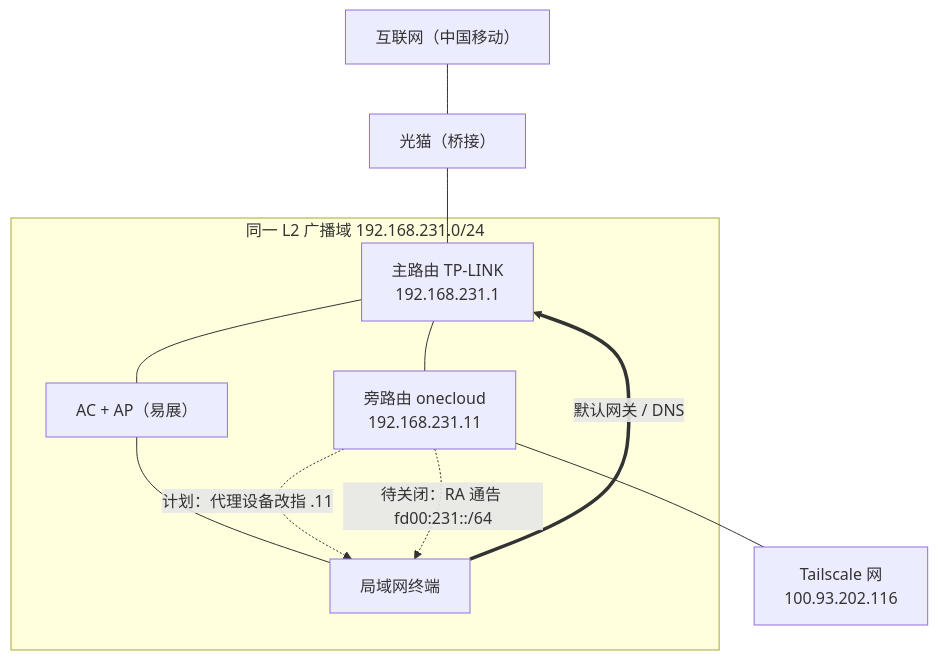
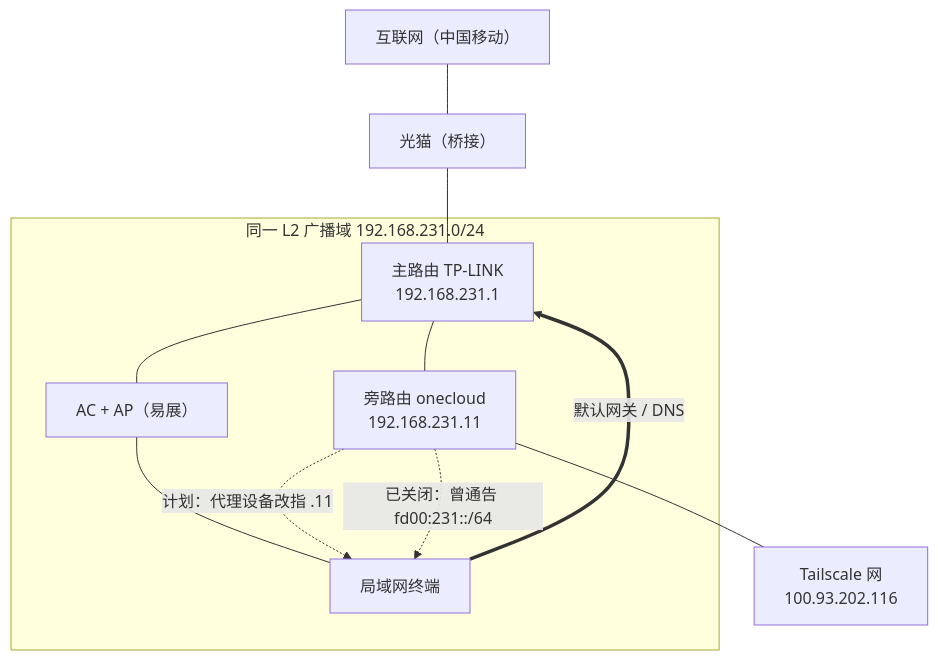
Before and after one commit to fbigun/home-231: the diagram in AGENTS.md, drawn with Mermaid. The commit also changed other lines of this file and 1 other file, not shown here.

First line of the commit message:
docs: RA 已关闭 + AP 静态绑定；新增 onecloud.json 旁路由配置

````diff
--- a/AGENTS.md
+++ b/AGENTS.md
@@ -5,22 +5,22 @@
 ```mermaid
 flowchart TB
     WAN["互联网（中国移动）"]
     ONT["光猫（桥接）"]
 
     subgraph L2["同一 L2 广播域 192.168.231.0/24"]
         MAIN["主路由 TP-LINK<br/>192.168.231.1"]
         AP["AC + AP（易展）"]
         ONE["旁路由 onecloud<br/>192.168.231.11"]
         DEV["局域网终端"]
     end
 
     TS["Tailscale 网<br/>100.93.202.116"]
 
     WAN --- ONT --- MAIN
     MAIN --- AP --- DEV
     MAIN --- ONE
     DEV ==>|"默认网关 / DNS"| MAIN
     ONE --- TS
     ONE -.->|"计划：代理设备改指 .11"| DEV
-    ONE -.->|"待关闭：RA 通告 fd00:231::/64"| DEV
+    ONE -.->|"已关闭：曾通告 fd00:231::/64"| DEV
 ```
````
